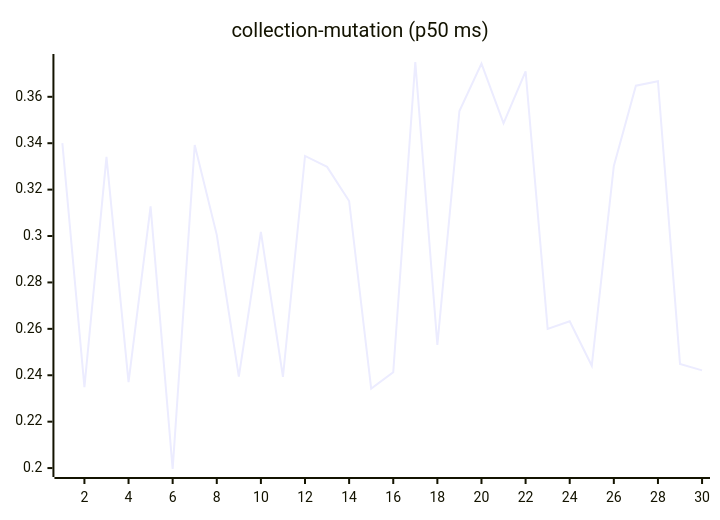
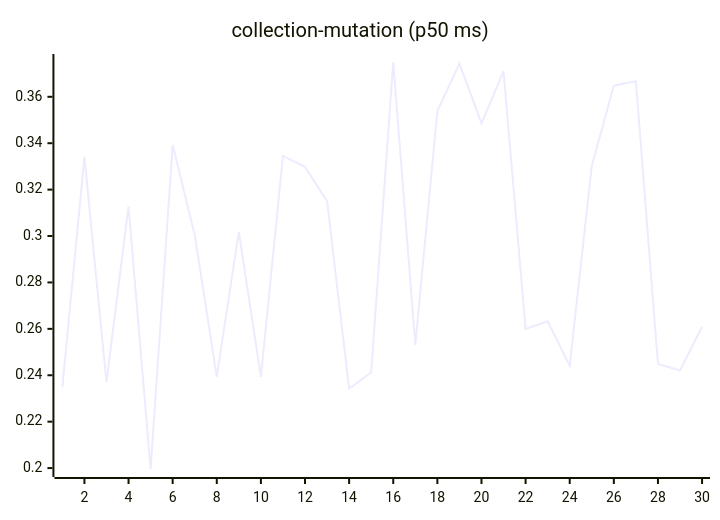
Before and after one commit to josha/Facet: the sixth of 27 diagrams in README.md, drawn with Mermaid. The commit also changed other lines of this file and 2 other files, not shown here.

````diff
--- a/README.md
+++ b/README.md
@@ -98,6 +98,6 @@
 ```mermaid
 xychart-beta
     title "collection-mutation (p50 ms)"
     x-axis 1 --> 30
-    line [0.3400, 0.2349, 0.3341, 0.2370, 0.3128, 0.1996, 0.3392, 0.3005, 0.2394, 0.3018, 0.2393, 0.3345, 0.3298, 0.3151, 0.2342, 0.2413, 0.3750, 0.2531, 0.3539, 0.3743, 0.3486, 0.3710, 0.2600, 0.2633, 0.2441, 0.3302, 0.3648, 0.3667, 0.2449, 0.2421]
+    line [0.2349, 0.3341, 0.2370, 0.3128, 0.1996, 0.3392, 0.3005, 0.2394, 0.3018, 0.2393, 0.3345, 0.3298, 0.3151, 0.2342, 0.2413, 0.3750, 0.2531, 0.3539, 0.3743, 0.3486, 0.3710, 0.2600, 0.2633, 0.2441, 0.3302, 0.3648, 0.3667, 0.2449, 0.2421, 0.2609]
 ```
````
